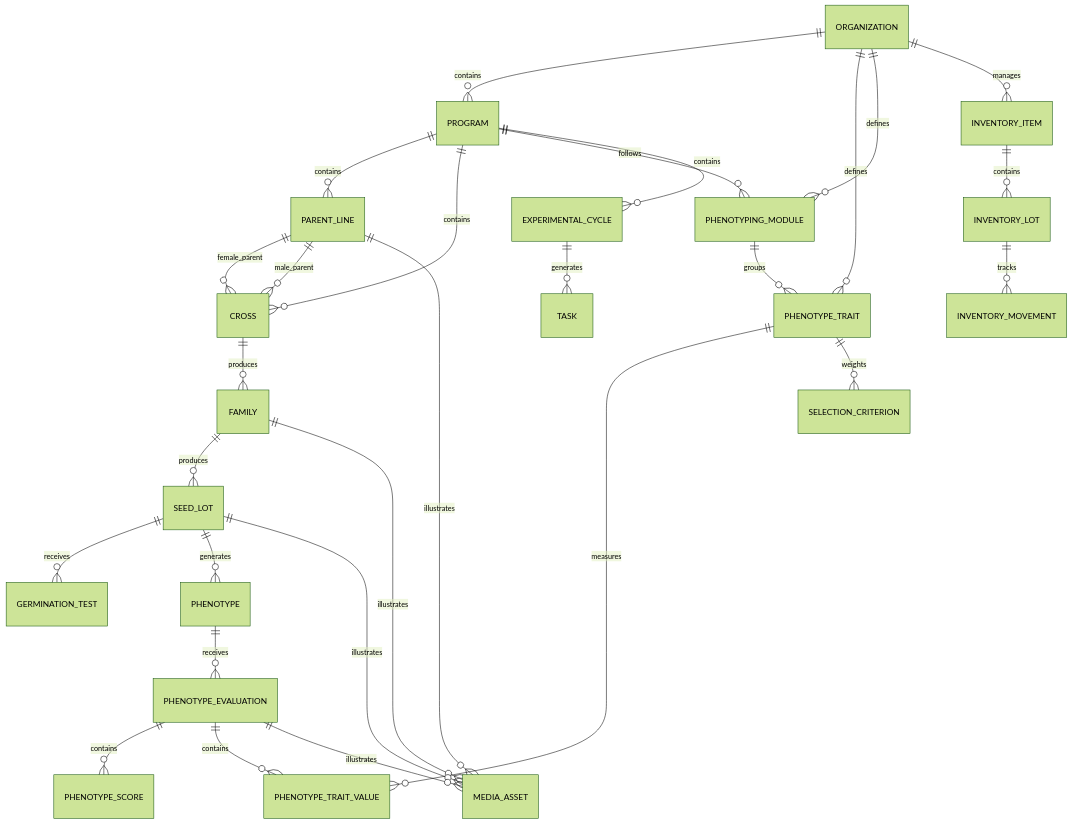
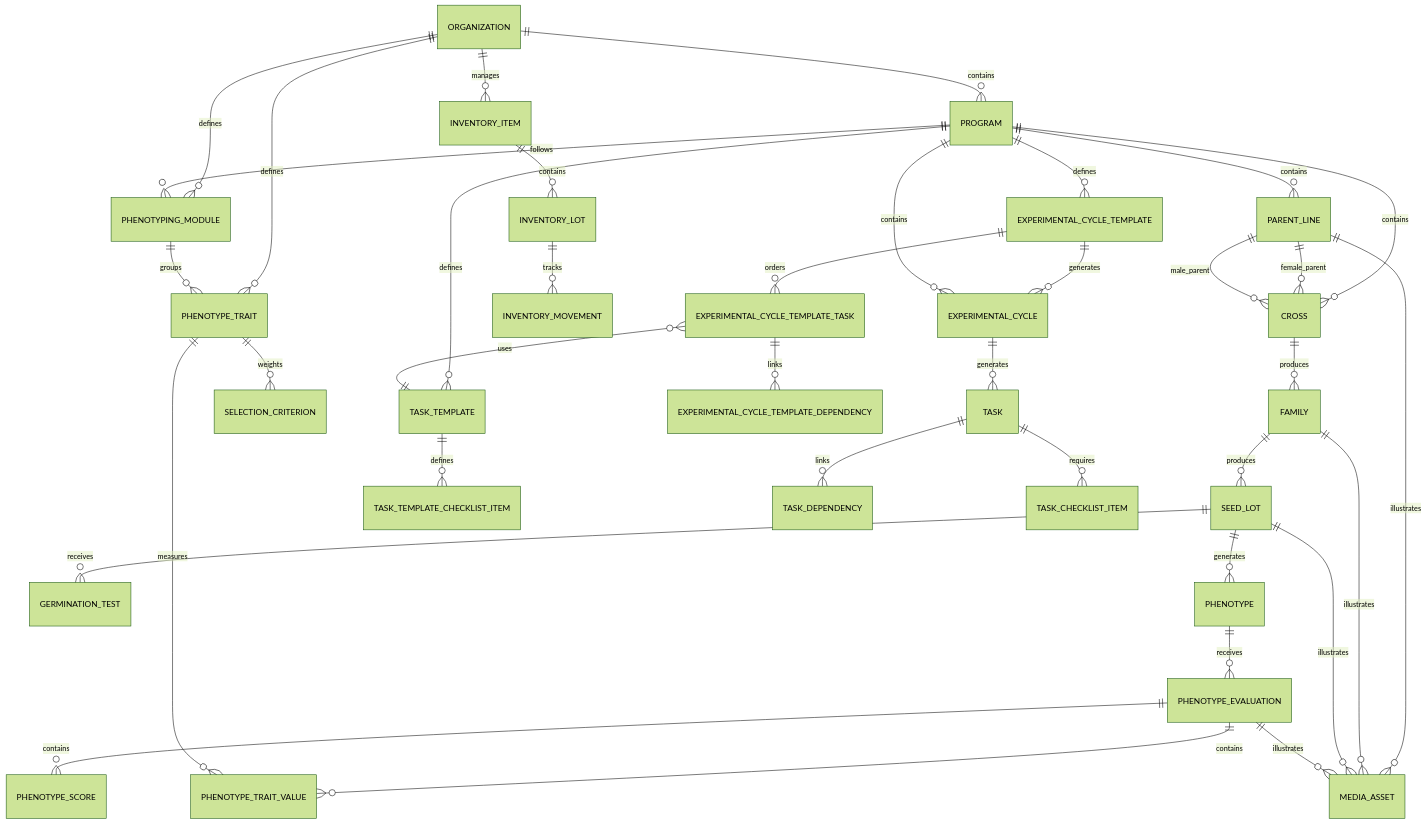
Before and after one commit to El-Castor/BreedOps: the diagram in docs/database.md, drawn with Mermaid (forest theme). The commit also changed other lines of this file and 3 other files, not shown here.

````diff
--- a/docs/database.md
+++ b/docs/database.md
@@ -188,37 +310,47 @@
 ```mermaid
 erDiagram
     ORGANIZATION ||--o{ PROGRAM : contains
     PROGRAM ||--o{ PARENT_LINE : contains
     PROGRAM ||--o{ CROSS : contains
 
     PARENT_LINE ||--o{ CROSS : female_parent
     PARENT_LINE ||--o{ CROSS : male_parent
 
     CROSS ||--o{ FAMILY : produces
     FAMILY ||--o{ SEED_LOT : produces
     SEED_LOT ||--o{ GERMINATION_TEST : receives
 
     SEED_LOT ||--o{ PHENOTYPE : generates
     PHENOTYPE ||--o{ PHENOTYPE_EVALUATION : receives
     PHENOTYPE_EVALUATION ||--o{ PHENOTYPE_SCORE : contains
     PHENOTYPE_EVALUATION ||--o{ PHENOTYPE_TRAIT_VALUE : contains
 
     ORGANIZATION ||--o{ PHENOTYPE_TRAIT : defines
     ORGANIZATION ||--o{ PHENOTYPING_MODULE : defines
     PHENOTYPING_MODULE ||--o{ PHENOTYPE_TRAIT : groups
     PROGRAM ||--o{ PHENOTYPING_MODULE : follows
     PHENOTYPE_TRAIT ||--o{ PHENOTYPE_TRAIT_VALUE : measures
     PHENOTYPE_TRAIT ||--o{ SELECTION_CRITERION : weights
 
     ORGANIZATION ||--o{ INVENTORY_ITEM : manages
     INVENTORY_ITEM ||--o{ INVENTORY_LOT : contains
     INVENTORY_LOT ||--o{ INVENTORY_MOVEMENT : tracks
 
+    PROGRAM ||--o{ TASK_TEMPLATE : defines
+    PROGRAM ||--o{ EXPERIMENTAL_CYCLE_TEMPLATE : defines
+    TASK_TEMPLATE ||--o{ TASK_TEMPLATE_CHECKLIST_ITEM : defines
+    EXPERIMENTAL_CYCLE_TEMPLATE ||--o{ EXPERIMENTAL_CYCLE_TEMPLATE_TASK : orders
+    EXPERIMENTAL_CYCLE_TEMPLATE_TASK }o--|| TASK_TEMPLATE : uses
+    EXPERIMENTAL_CYCLE_TEMPLATE_TASK ||--o{ EXPERIMENTAL_CYCLE_TEMPLATE_DEPENDENCY : links
+    EXPERIMENTAL_CYCLE_TEMPLATE ||--o{ EXPERIMENTAL_CYCLE : generates
+
     PROGRAM ||--o{ EXPERIMENTAL_CYCLE : contains
     EXPERIMENTAL_CYCLE ||--o{ TASK : generates
+    TASK ||--o{ TASK_DEPENDENCY : links
+    TASK ||--o{ TASK_CHECKLIST_ITEM : requires
 
     PARENT_LINE ||--o{ MEDIA_ASSET : illustrates
     FAMILY ||--o{ MEDIA_ASSET : illustrates
     SEED_LOT ||--o{ MEDIA_ASSET : illustrates
     PHENOTYPE_EVALUATION ||--o{ MEDIA_ASSET : illustrates
 ```
````
